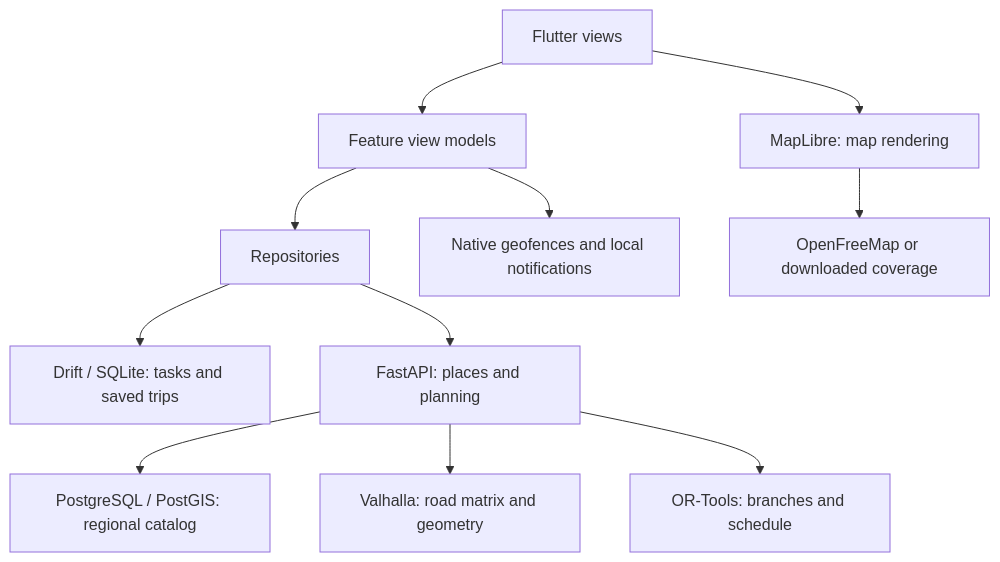
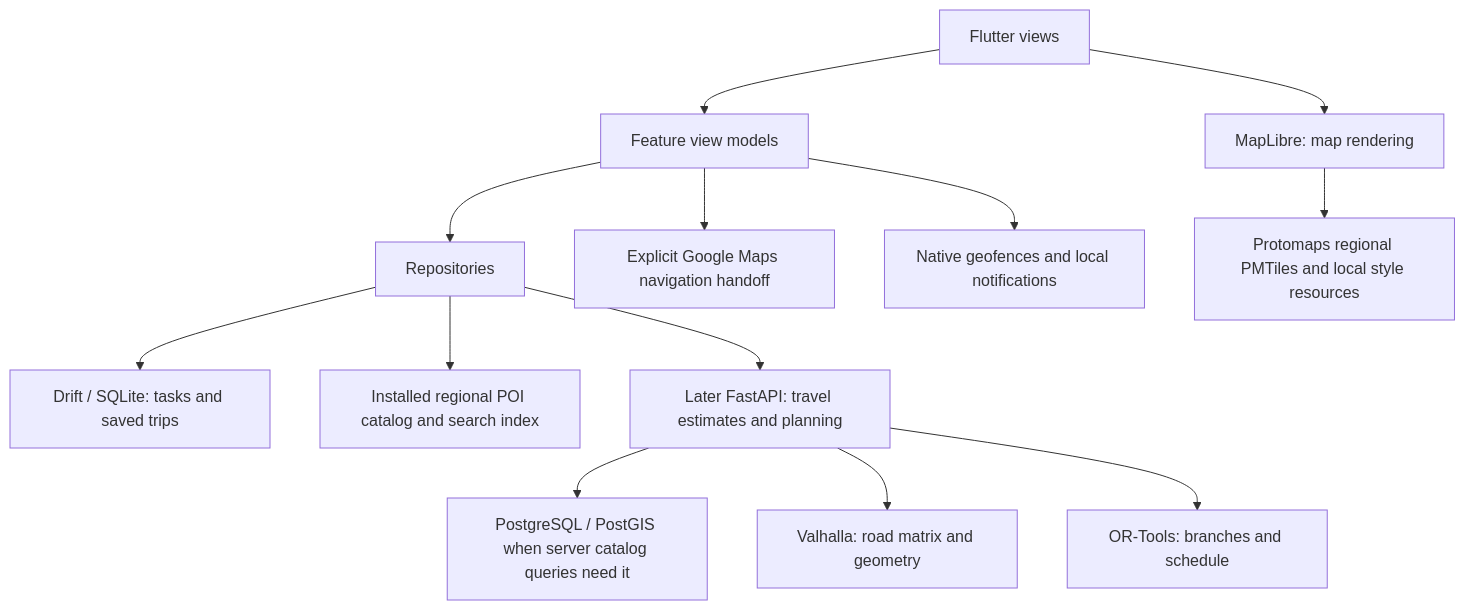
The diagram in docs/wayday/ARCHITECTURE.md (pu-roi/Wayday), drawn with Mermaid before and after one commit. The commit also changed other lines of this file and 25 other files, not shown here.

````diff
--- a/docs/wayday/ARCHITECTURE.md
+++ b/docs/wayday/ARCHITECTURE.md
@@ -7,13 +7,15 @@
 ```mermaid
 flowchart TD
     UI[Flutter views] --> VM[Feature view models]
     VM --> REPO[Repositories]
     REPO --> LOCAL[Drift / SQLite: tasks and saved trips]
-    REPO --> API[FastAPI: places and planning]
-    API --> POI[PostgreSQL / PostGIS: regional catalog]
+    REPO --> CATALOG[Installed regional POI catalog and search index]
+    REPO --> API[Later FastAPI: travel estimates and planning]
+    API --> POI[PostgreSQL / PostGIS when server catalog queries need it]
     API --> ROAD[Valhalla: road matrix and geometry]
     API --> SOLVER[OR-Tools: branches and schedule]
     UI --> MAP[MapLibre: map rendering]
-    MAP --> TILES[OpenFreeMap or downloaded coverage]
+    MAP --> TILES[Protomaps regional PMTiles and local style resources]
+    VM --> NAV[Explicit Google Maps navigation handoff]
     VM --> REMINDERS[Native geofences and local notifications]
 ```
````
